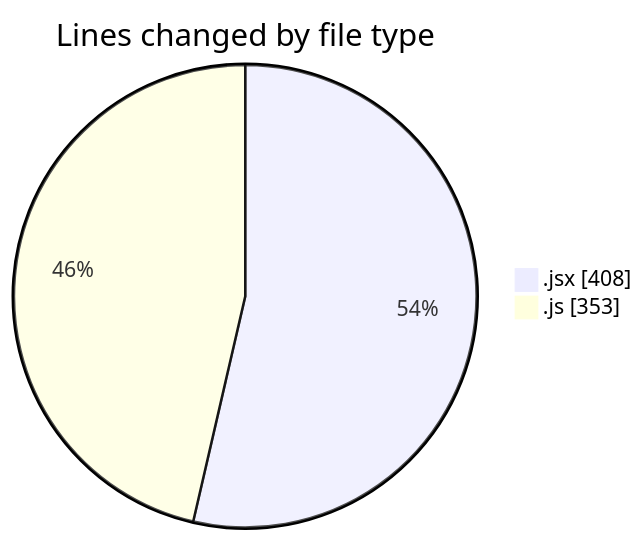
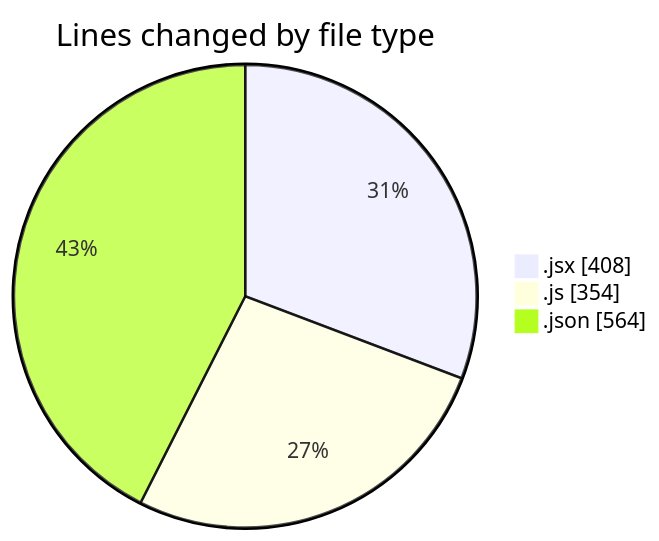
The first of 2 diagrams in 2025-06-27/nxtqube_webapp/README.md (nxtqubesakshisongat/code-tracking), drawn with Mermaid before and after one commit. The commit also changed other lines of this file and 1 other file, not shown here.

````diff
--- a/2025-06-27/nxtqube_webapp/README.md
+++ b/2025-06-27/nxtqube_webapp/README.md
@@ -21,6 +22,7 @@
 ```mermaid
 pie showData
 title Lines changed by file type
 ".jsx" : 408
-".js" : 353
+".js" : 354
+".json" : 564
 ```
````
